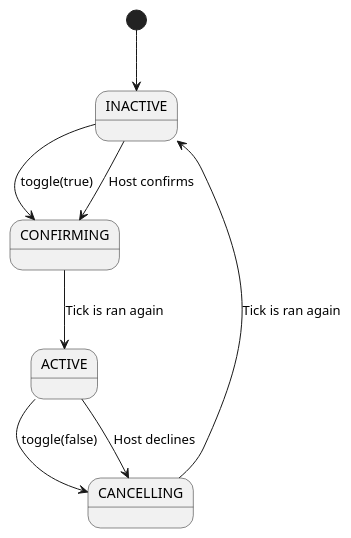
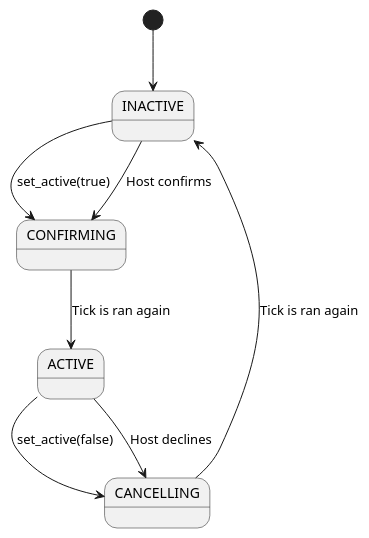
Before and after one commit to foxssake/netfox: the diagram in docs/netfox/nodes/rewindable-action.md, drawn with PlantUML. The commit also changed other lines of this file, not shown here.

````diff
--- a/docs/netfox/nodes/rewindable-action.md
+++ b/docs/netfox/nodes/rewindable-action.md
@@ -70,13 +70,13 @@
 ```puml
 @startuml
 
 [*] --> INACTIVE
-INACTIVE --> CONFIRMING: toggle(true)
+INACTIVE --> CONFIRMING: set_active(true)
 INACTIVE --> CONFIRMING: Host confirms
 CONFIRMING --> ACTIVE: Tick is ran again
-ACTIVE --> CANCELLING: toggle(false)
+ACTIVE --> CANCELLING: set_active(false)
 ACTIVE --> CANCELLING: Host declines
 CANCELLING --> INACTIVE: Tick is ran again
 
 @enduml
 ```
````
